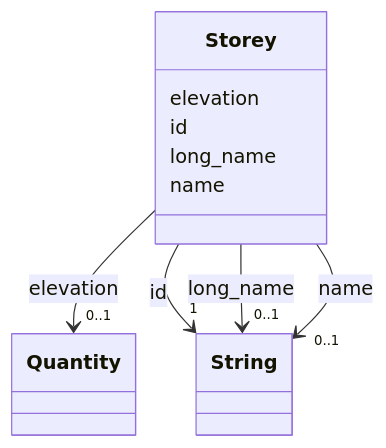
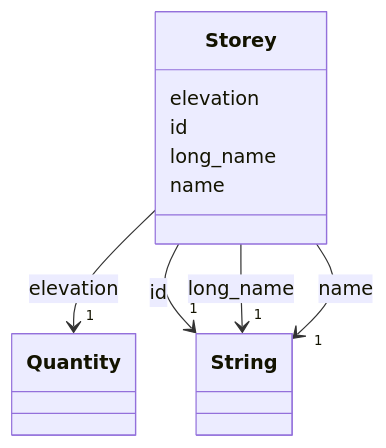
Before and after one commit to maikeljsb/rcpc-schema: the diagram in docs/model/product/Storey.md, drawn with Mermaid. The commit also changed other lines of this file and 38 other files, not shown here.

````diff
--- a/docs/model/product/Storey.md
+++ b/docs/model/product/Storey.md
@@ -23,50 +23,50 @@
 ```mermaid
  classDiagram
     class Storey
     click Storey href "../Storey/"
       Storey : elevation
         
           
     
         
         
-        Storey --> "0..1" Quantity : elevation
+        Storey --> "1" Quantity : elevation
         click Quantity href "../Quantity/"
     
 
         
       Storey : id
         
           
     
         
         
         Storey --> "1" String : id
         click String href "../http://www.w3.org/2001/XMLSchema#string/"
     
 
         
       Storey : long_name
         
           
     
         
         
-        Storey --> "0..1" String : long_name
+        Storey --> "1" String : long_name
         click String href "../http://www.w3.org/2001/XMLSchema#string/"
     
 
         
       Storey : name
         
           
     
         
         
-        Storey --> "0..1" String : name
+        Storey --> "1" String : name
         click String href "../http://www.w3.org/2001/XMLSchema#string/"
     
 
         
       
 ```
````
